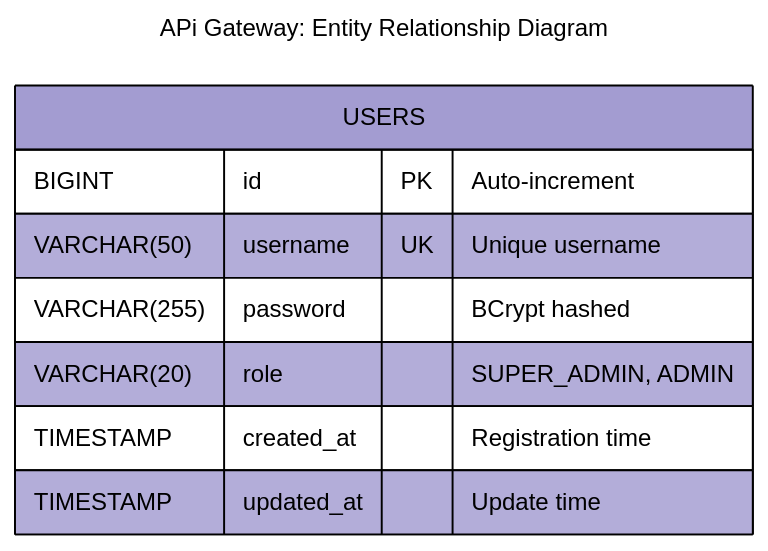
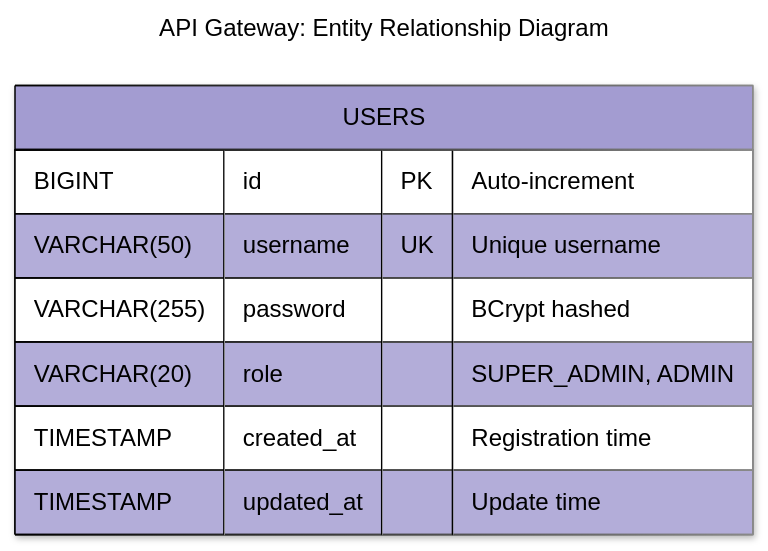
Before and after one commit to BrunoGil-AS/Vending-Machine-Microservices: the fourth of 7 diagrams in Documentation/diagrams/api-gateway.md, drawn with Mermaid. The commit also changed other lines of this file and 7 other files, not shown here.

Commit message:
docs: Update service diagrams with new configurations and titles

````diff
--- a/Documentation/diagrams/api-gateway.md
+++ b/Documentation/diagrams/api-gateway.md
@@ -291,25 +290,25 @@
 ```mermaid
 ---
-title: "APi Gateway: Entity Relationship Diagram"
-displayMode: compact
 config:
-  theme: 'base'
+  theme: base
   themeVariables:
     primaryColor: '#a39cd1ff'
     primaryTextColor: '#000000'
     secondaryTextColor: '#ffffffff'
     primaryBorderColor: '#000000'
     lineColor: '#000000ff'
     secondaryColor: '#90b590ff'
-    tertiaryColor: '#fff'
+    tertiaryColor: '#f9f6a1ff'
+  look: neo
+title: 'API Gateway: Entity Relationship Diagram'
 ---
 erDiagram
     USERS {
         BIGINT id PK "Auto-increment"
         VARCHAR(50) username UK "Unique username"
         VARCHAR(255) password "BCrypt hashed"
         VARCHAR(20) role "SUPER_ADMIN, ADMIN"
         TIMESTAMP created_at "Registration time"
         TIMESTAMP updated_at "Update time"
     }
 ```
````
